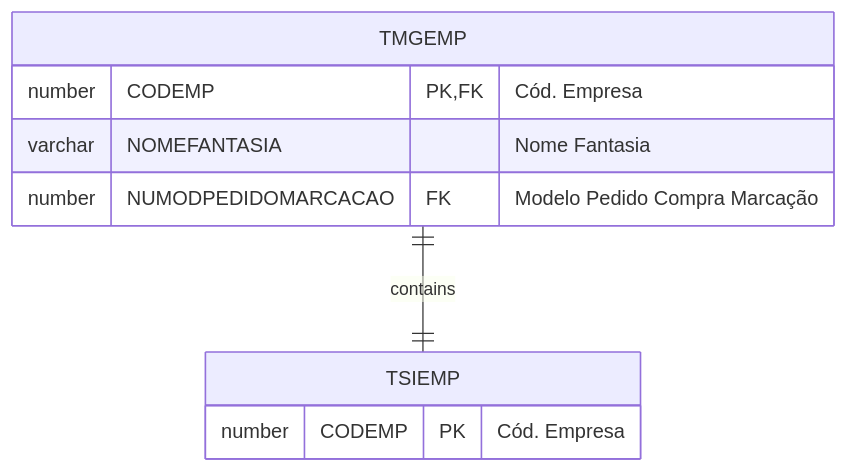
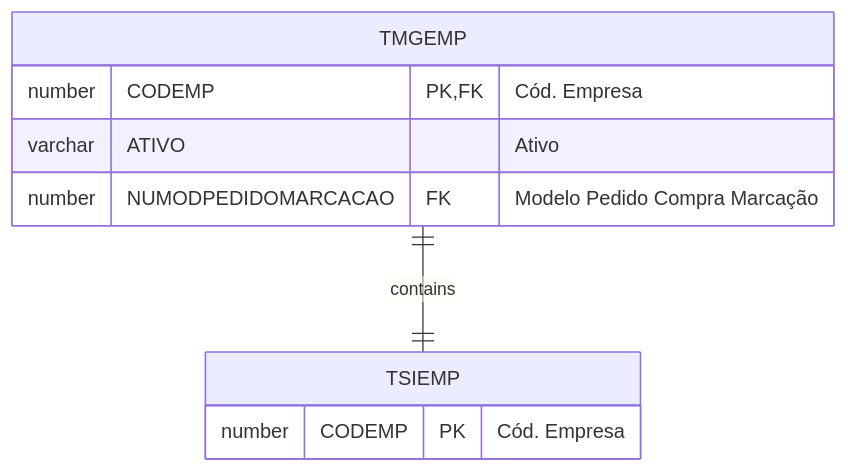
Before and after one commit to cbmsoft/margrandocs: the diagram in docs/_database/TMGEMP.md, drawn with Mermaid. The commit also changed other lines of this file and 2 other files, not shown here.

Commit message:
docs: preferencias por empresa e cabecalho marcacao

````diff
--- a/docs/_database/TMGEMP.md
+++ b/docs/_database/TMGEMP.md
@@ -25,13 +25,13 @@
 ```mermaid
 erDiagram
     TMGEMP ||--|| TSIEMP : contains
 
     TMGEMP {
         number CODEMP PK, FK "Cód. Empresa"
-        varchar NOMEFANTASIA "Nome Fantasia"
+        varchar ATIVO "Ativo"
         number NUMODPEDIDOMARCACAO FK "Modelo Pedido Compra Marcação"
     }
     TSIEMP {
         number CODEMP PK "Cód. Empresa"
     }
 ```
````
